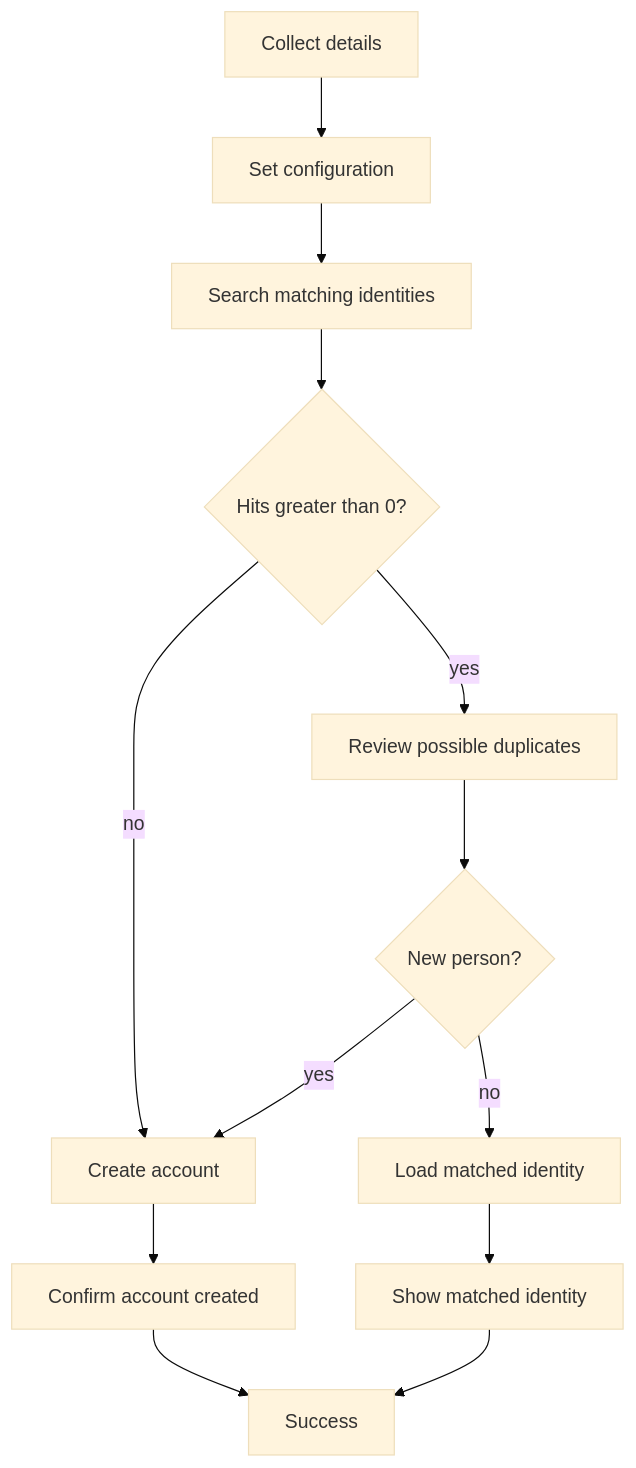
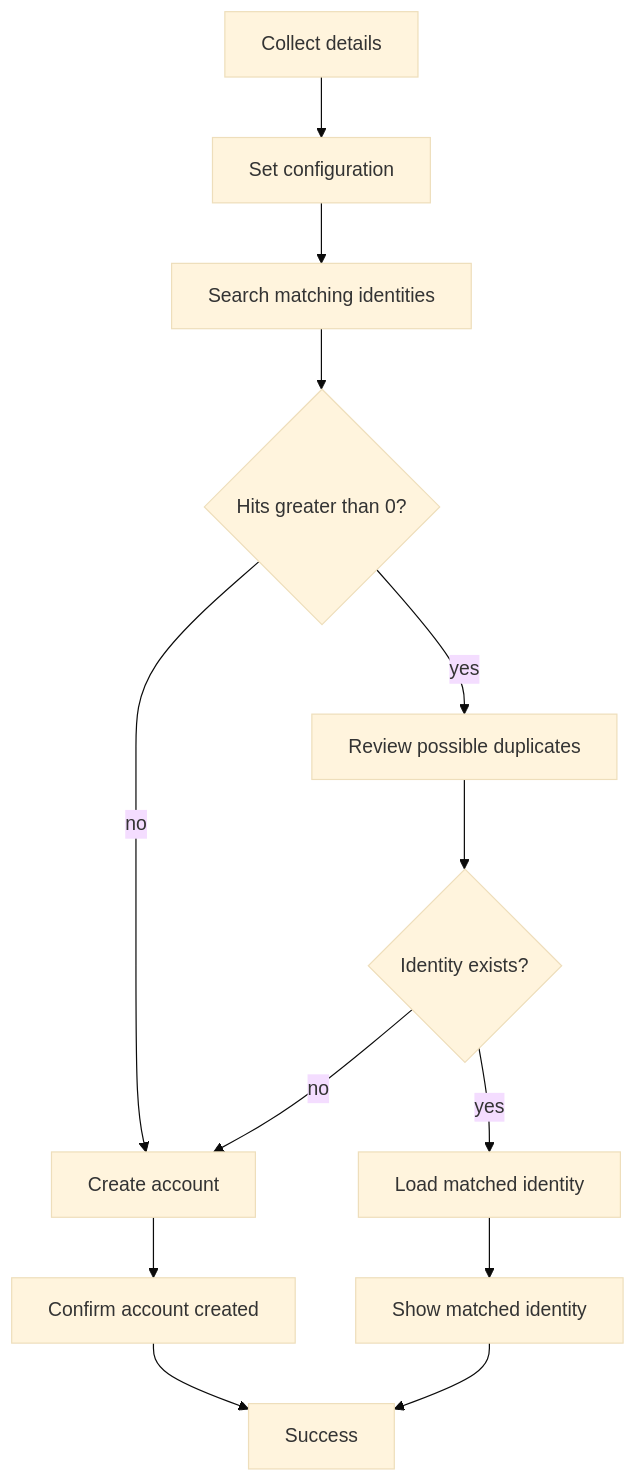
The diagram in ISC/Identity Match & Onboard/README.md (fernando-delosrios-sp/sailpoint-utils), drawn with Mermaid (base theme) before and after one commit. The commit also changed other lines of this file and 2 other files, not shown here.

First line of the commit message:
feat(isc): tighten Identity Match & Onboard form and match branch

````diff
--- a/ISC/Identity Match & Onboard/README.md
+++ b/ISC/Identity Match & Onboard/README.md
@@ -34,15 +34,15 @@
 ```mermaid
 flowchart TD
   startNode[Collect details] --> config[Set configuration]
   config --> search[Search matching identities]
   search --> hasHits{Hits greater than 0?}
   hasHits -->|no| createAcct[Create account]
   hasHits -->|yes| review[Review possible duplicates]
-  review --> isNew{New person?}
-  isNew -->|yes| createAcct
-  isNew -->|no| loadMatch[Load matched identity]
+  review --> exists{Identity exists?}
+  exists -->|no| createAcct
+  exists -->|yes| loadMatch[Load matched identity]
   loadMatch --> showMatch[Show matched identity]
   createAcct --> showCreated[Confirm account created]
   showMatch --> doneNode[Success]
   showCreated --> doneNode
 ```
````
